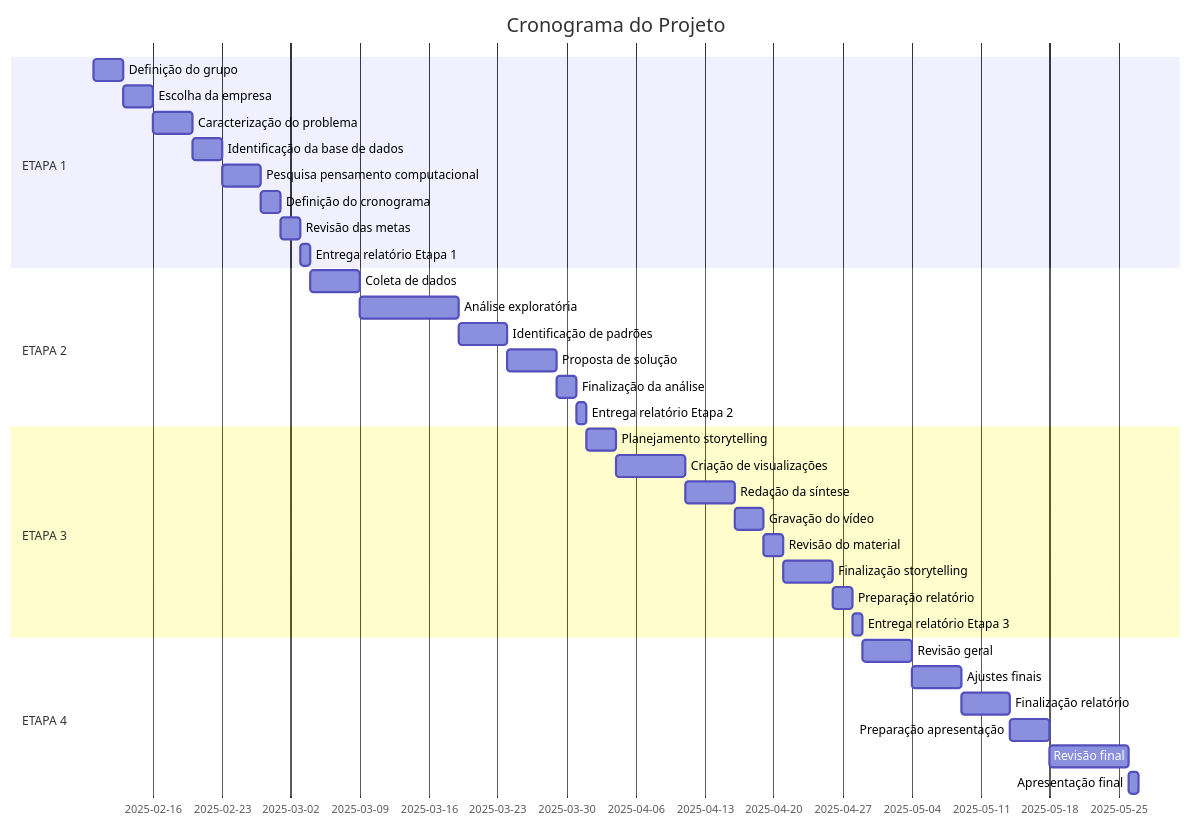
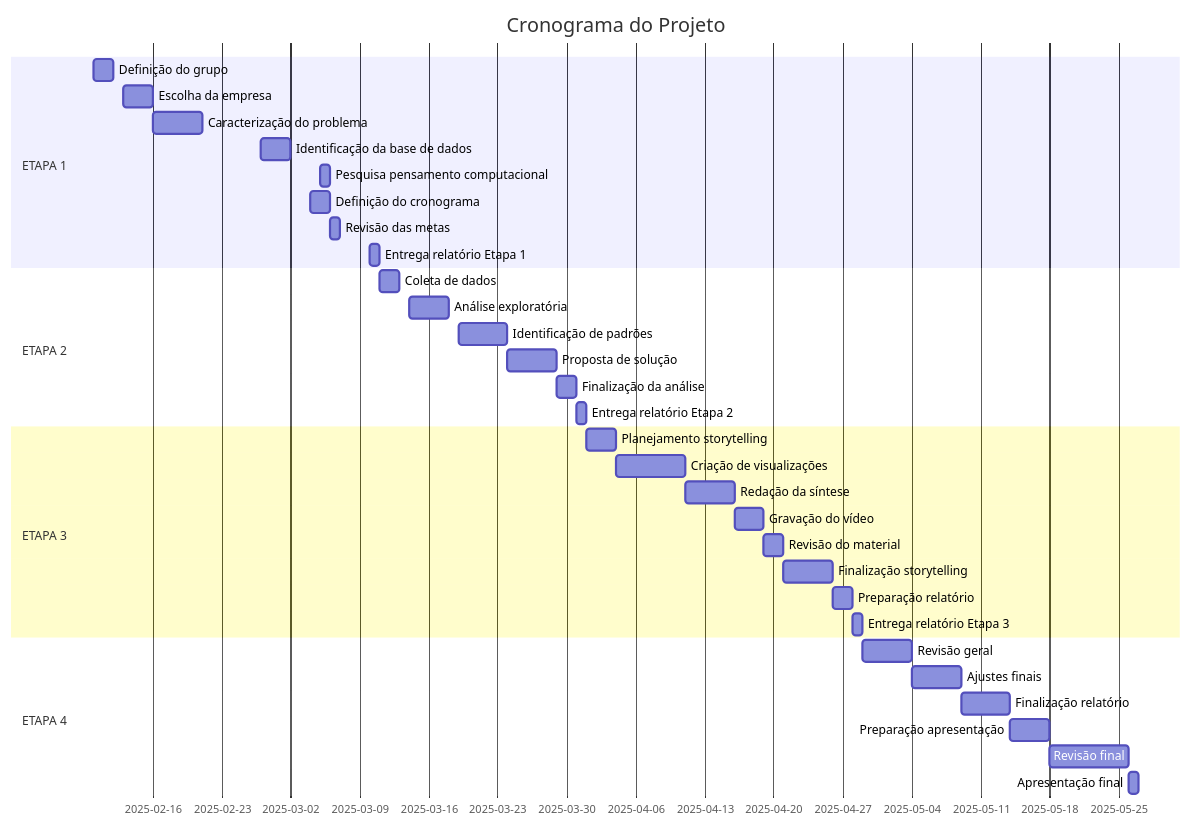
Before and after one commit to EnzoFerroni/ProjetoAplicado1: the diagram in Cronograma.md, drawn with Mermaid. The commit also changed other lines of this file, not shown here.

````diff
--- a/Cronograma.md
+++ b/Cronograma.md
@@ -65,37 +65,37 @@
 ```mermaid
 gantt
     title Cronograma do Projeto
     dateFormat  YYYY-MM-DD
     section ETAPA 1
-    Definição do grupo: 2025-02-10, 3d
+    Definição do grupo: 2025-02-10, 2d
     Escolha da empresa: 2025-02-13, 3d
-    Caracterização do problema: 2025-02-16, 4d
-    Identificação da base de dados: 2025-02-20, 3d
-    Pesquisa pensamento computacional: 2025-02-23, 4d
-    Definição do cronograma: 2025-02-27, 2d
-    Revisão das metas: 2025-03-01, 2d
-    Entrega relatório Etapa 1: 2025-03-03, 1d
+    Caracterização do problema: 2025-02-16, 5d
+    Identificação da base de dados: 2025-02-27, 3d
+    Pesquisa pensamento computacional: 2025-03-05, 1d
+    Definição do cronograma: 2025-03-04, 2d
+    Revisão das metas: 2025-03-06, 1d
+    Entrega relatório Etapa 1: 2025-03-10, 1d
     section ETAPA 2
-    Coleta de dados: 2025-03-04, 5d
-    Análise exploratória: 2025-03-09, 10d
+    Coleta de dados: 2025-03-11, 2d
+    Análise exploratória: 2025-03-14, 4d
     Identificação de padrões: 2025-03-19, 5d
     Proposta de solução: 2025-03-24, 5d
     Finalização da análise: 2025-03-29, 2d
     Entrega relatório Etapa 2: 2025-03-31, 1d
     section ETAPA 3
     Planejamento storytelling: 2025-04-01, 3d
     Criação de visualizações: 2025-04-04, 7d
     Redação da síntese: 2025-04-11, 5d
     Gravação do vídeo: 2025-04-16, 3d
     Revisão do material: 2025-04-19, 2d
     Finalização storytelling: 2025-04-21, 5d
     Preparação relatório: 2025-04-26, 2d
     Entrega relatório Etapa 3: 2025-04-28, 1d
     section ETAPA 4
     Revisão geral: 2025-04-29, 5d
     Ajustes finais: 2025-05-04, 5d
     Finalização relatório: 2025-05-09, 5d
     Preparação apresentação: 2025-05-14, 4d
     Revisão final: 2025-05-18, 8d
     Apresentação final: 2025-05-26, 1d
 ```
````
